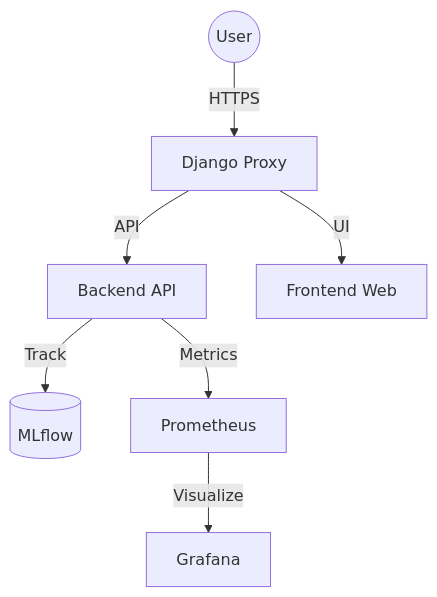
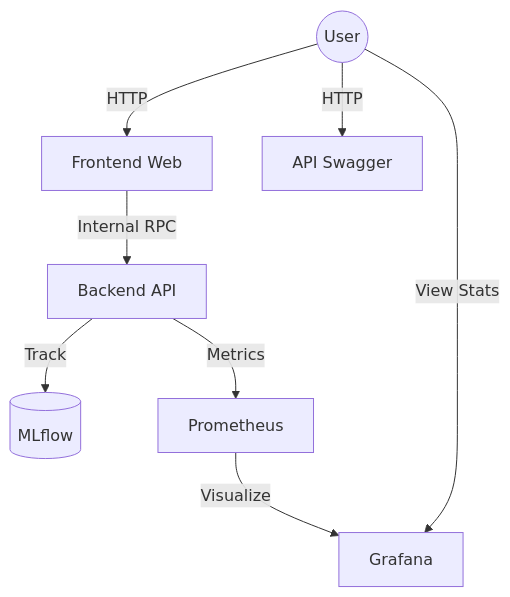
Before and after one commit to 2024ab05112/heart-disease-app: the diagram in README.md, drawn with Mermaid. The commit also changed other lines of this file and 10 other files, not shown here.

Commit message:
Decentralized Architecture: Moving to multiple FQDNs and removing Django Proxy complexity

````diff
--- a/README.md
+++ b/README.md
@@ -26,9 +27,10 @@
 ```mermaid
 graph TD
-    User((User)) -->|HTTPS| Proxy[Django Proxy]
-    Proxy -->|API| Backend[Backend API]
-    Proxy -->|UI| Frontend[Frontend Web]
+    User((User)) -->|HTTP| Frontend[Frontend Web]
+    User -->|HTTP| API_Docs[API Swagger]
+    Frontend -->|Internal RPC| Backend[Backend API]
     Backend -->|Track| MLflow[(MLflow)]
     Backend -->|Metrics| Prometheus[Prometheus]
     Prometheus -->|Visualize| Grafana[Grafana]
+    User -->|View Stats| Grafana
 ```
````
